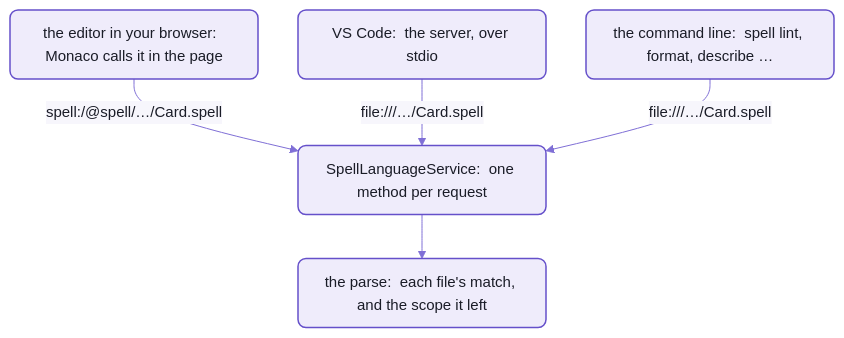
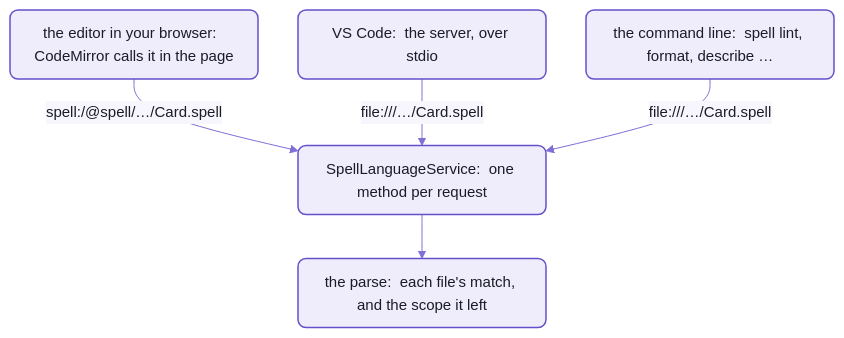
One commit to spell-app/spell changed the first of 2 diagrams in app/README-lsp.md. Above: the diagram before and after it, drawn with Mermaid. The commit also changed other lines of this file and 69 other files, not shown here.

````diff
--- a/app/README-lsp.md
+++ b/app/README-lsp.md
@@ -135,10 +135,10 @@
 ```mermaid
 %%{init: {"theme":"base","themeVariables":{"fontFamily":"-apple-system, BlinkMacSystemFont, Segoe UI, Helvetica, Arial, sans-serif","fontSize":"15px","primaryColor":"#EFECFB","primaryBorderColor":"#6550CA","primaryTextColor":"#1A1C27","secondaryColor":"#F4F1E9","tertiaryColor":"#F7F6FC","lineColor":"#7F6FD6","textColor":"#7F6FD6","clusterBkg":"#F7F6FC","clusterBorder":"#B9B0E8","titleColor":"#1A1C27","edgeLabelBackground":"#F7F6FC","actorBkg":"#EFECFB","actorBorder":"#6550CA","actorTextColor":"#1A1C27","actorLineColor":"#9C90DE","signalColor":"#7F6FD6","signalTextColor":"#7F6FD6","labelBoxBkgColor":"#EFECFB","labelBoxBorderColor":"#6550CA","labelTextColor":"#1A1C27","loopTextColor":"#7F6FD6","noteBkgColor":"#F1E7D4","noteBorderColor":"#C9B48A","noteTextColor":"#1A1C27","activationBkgColor":"#DCD6F7","activationBorderColor":"#6550CA","sequenceNumberColor":"#FFFFFF"},"flowchart":{"curve":"basis","padding":12,"nodeSpacing":40,"rankSpacing":44}}}%%
 flowchart TB
-  browser["the editor in your browser:  Monaco calls it in the page"] -- "spell:/@spell/…/Card.spell" --> service
+  browser["the editor in your browser:  CodeMirror calls it in the page"] -- "spell:/@spell/…/Card.spell" --> service
   vscode["VS Code:  the server, over stdio"] -- "file:///…/Card.spell" --> service
   cli["the command line:  spell lint, format, describe …"] -- "file:///…/Card.spell" --> service
   service["SpellLanguageService:  one method per request"] --> parse["the parse:  each file's match, and the scope it left"]
   %% the Spell look:  yarn mermaid:pretty
   classDef default fill:#EFECFB,stroke:#6550CA,stroke-width:1.5px,color:#1A1C27,rx:8px,ry:8px
 ```
````
